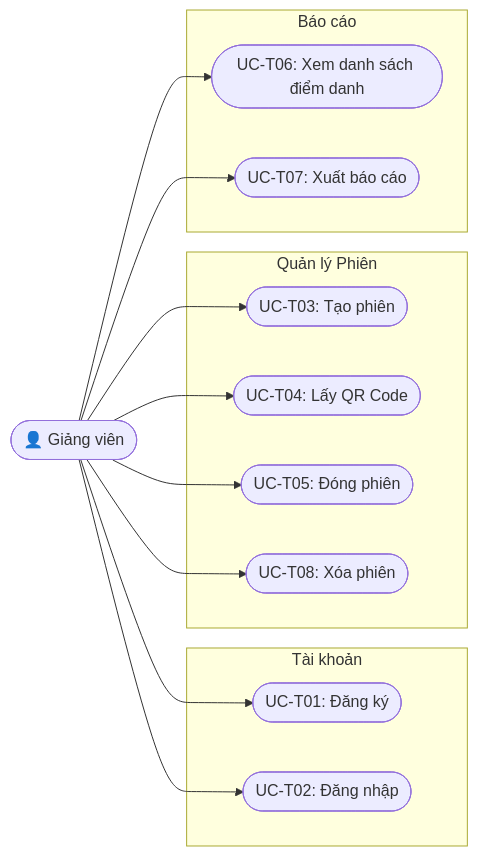
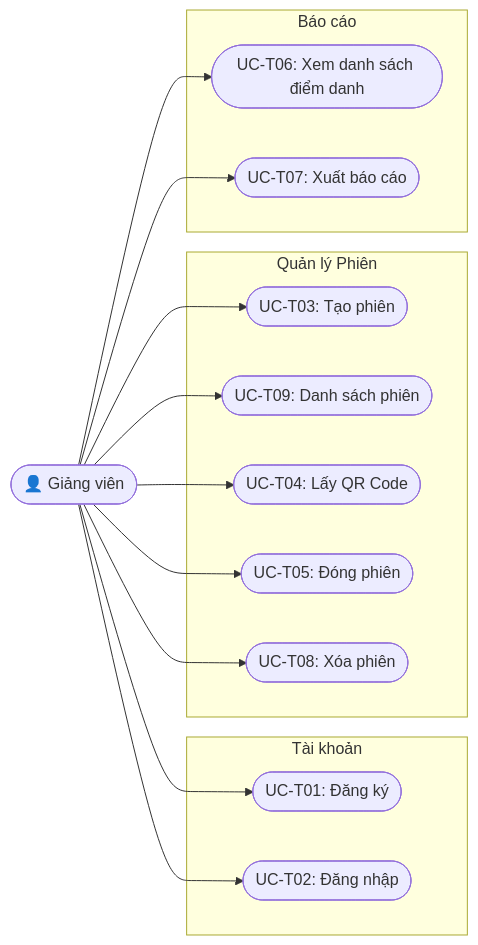
One commit to kentdoan/qr-attendance changed the first of 9 diagrams in docs/SRS.md. Above: the diagram before and after it, drawn with Mermaid. The commit also changed other lines of this file, not shown here.

Commit message:
docs: add FR-13 and UC-T09 for GET /sessions feature

````diff
--- a/docs/SRS.md
+++ b/docs/SRS.md
@@ -37,30 +39,32 @@
 ```mermaid
 graph LR
     GV(["👤 Giảng viên"])
 
     subgraph Tài khoản
         UC_T01(["UC-T01: Đăng ký"])
         UC_T02(["UC-T02: Đăng nhập"])
     end
 
     subgraph Quản lý Phiên
         UC_T03(["UC-T03: Tạo phiên"])
+        UC_T09(["UC-T09: Danh sách phiên"])
         UC_T04(["UC-T04: Lấy QR Code"])
         UC_T05(["UC-T05: Đóng phiên"])
         UC_T08(["UC-T08: Xóa phiên"])
     end
 
     subgraph Báo cáo
         UC_T06(["UC-T06: Xem danh sách điểm danh"])
         UC_T07(["UC-T07: Xuất báo cáo"])
     end
 
     GV --> UC_T01
     GV --> UC_T02
     GV --> UC_T03
     GV --> UC_T04
     GV --> UC_T05
     GV --> UC_T06
     GV --> UC_T07
     GV --> UC_T08
+    GV --> UC_T09
 ```
````
